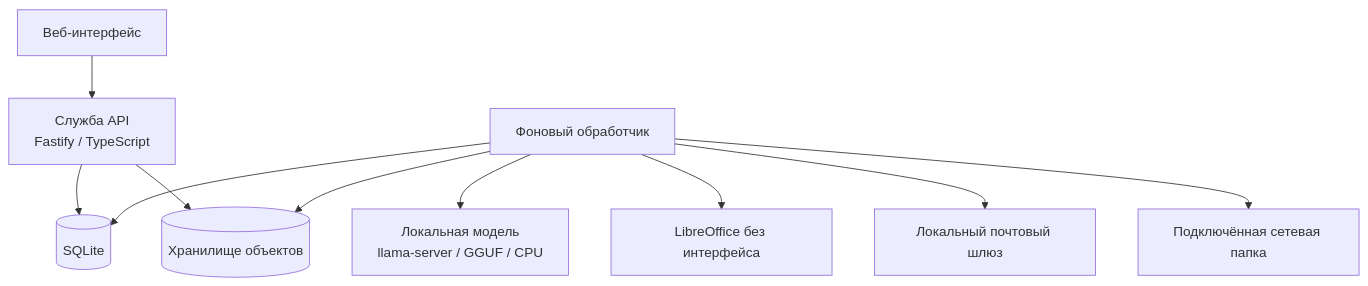
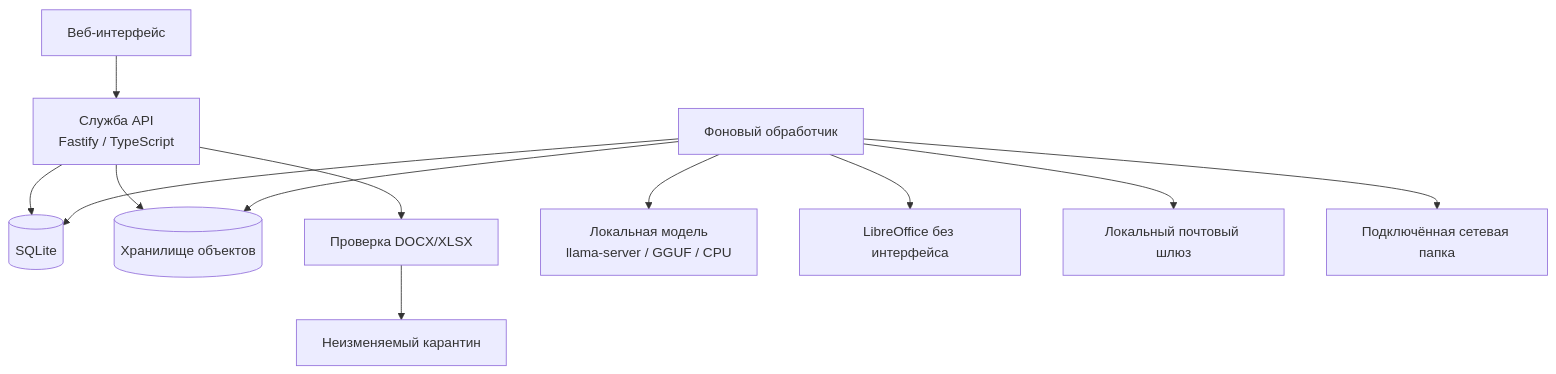
The diagram in README.md (f2re/docomator), drawn with Mermaid before and after one commit. The commit also changed other lines of this file, not shown here.

Commit message:
document quarantine flow and next implementation steps

````diff
--- a/README.md
+++ b/README.md
@@ -119,12 +151,14 @@
 ```mermaid
 flowchart TB
     UI[Веб-интерфейс] --> API[Служба API\nFastify / TypeScript]
     API --> DB[(SQLite)]
     API --> OBJECTS[(Хранилище объектов)]
+    API --> INTAKE[Проверка DOCX/XLSX]
+    INTAKE --> QUARANTINE[Неизменяемый карантин]
     WORKER[Фоновый обработчик] --> DB
     WORKER --> OBJECTS
     WORKER --> LLM[Локальная модель\nllama-server / GGUF / CPU]
     WORKER --> LO[LibreOffice без интерфейса]
     WORKER --> SMTP[Локальный почтовый шлюз]
     WORKER --> SHARE[Подключённая сетевая папка]
 ```
````
